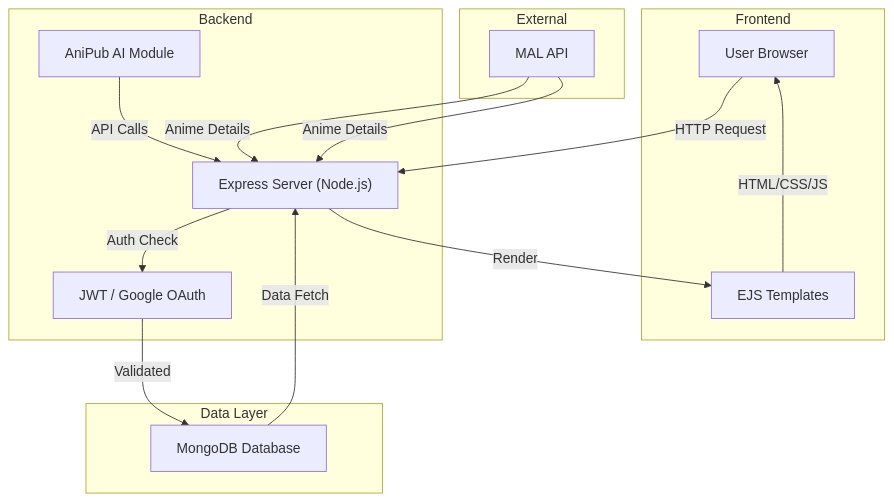
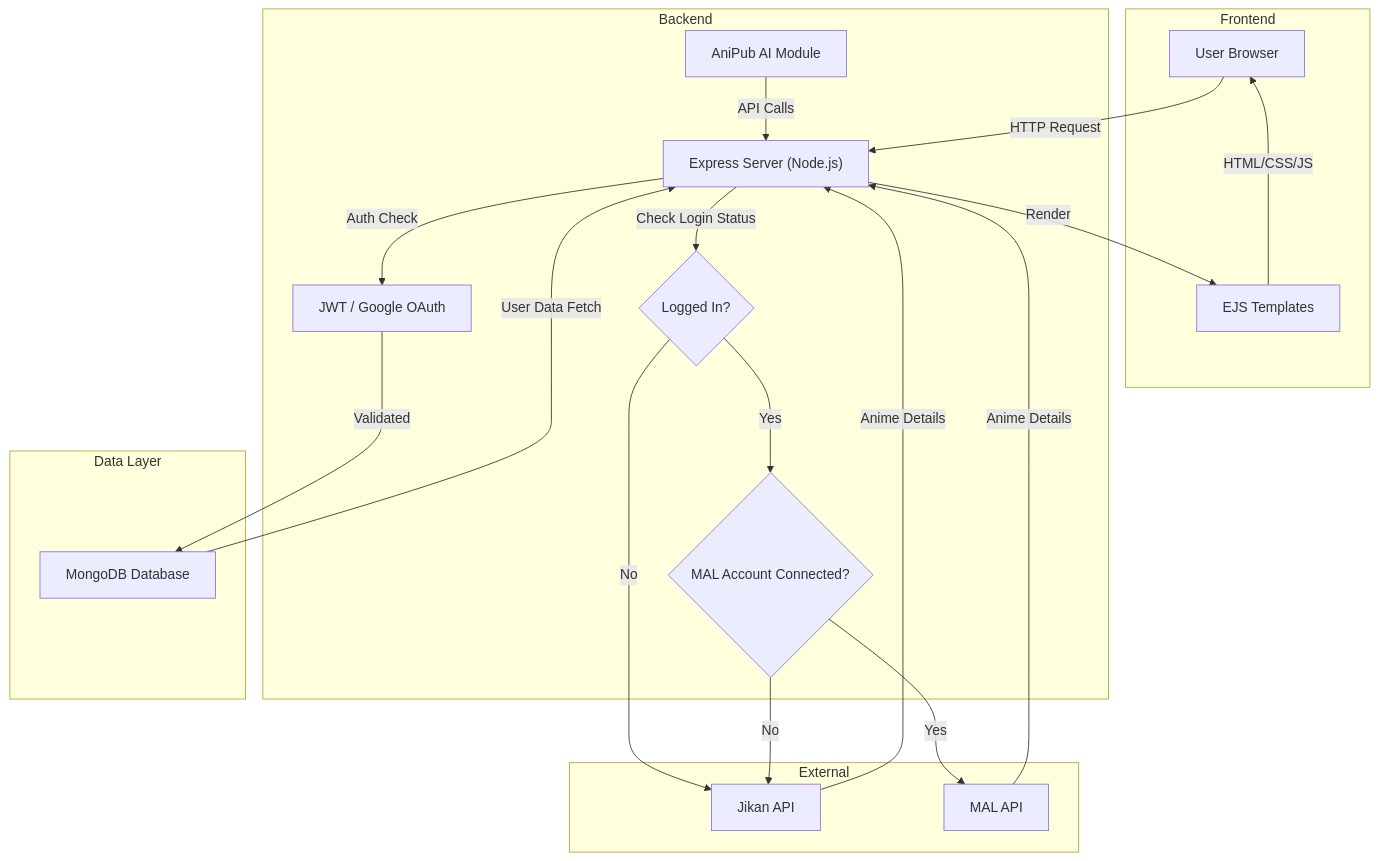
The first of 6 diagrams in README.md (AnimePub/AniPub), drawn with Mermaid before and after one commit.

````diff
--- a/README.md
+++ b/README.md
@@ -77,27 +77,35 @@
 ```mermaid
 graph TD
     A["User Browser"] -->|HTTP Request| B["Express Server (Node.js)"]
     B -->|Auth Check| C["JWT / Google OAuth"]
     C -->|Validated| D["MongoDB Database"]
-    D -->|Data Fetch| B
+    D -->|User Data Fetch| B
+    B -->|Check Login Status| DEC1{Logged In?}
+    DEC1 -->|No| JIKAN["Jikan API"]
+    DEC1 -->|Yes| DEC2{MAL Account Connected?}
+    DEC2 -->|Yes| MAL["MAL API"]
+    DEC2 -->|No| JIKAN
+    JIKAN -->|Anime Details| B
+    MAL -->|Anime Details| B
     B -->|Render| E["EJS Templates"]
     E -->|HTML/CSS/JS| A
     F["AniPub AI Module"] -->|API Calls| B
-    G["Jikan API"] -->|Anime Details| B
-    G["MAL API"] -->|Anime Details| B
     subgraph "Frontend"
         A
         E
     end
     subgraph "Backend"
         B
         C
         F
+        DEC1
+        DEC2
     end
     subgraph "Data Layer"
         D
     end
     subgraph "External"
-        G
+        JIKAN
+        MAL
     end
 ```
````
